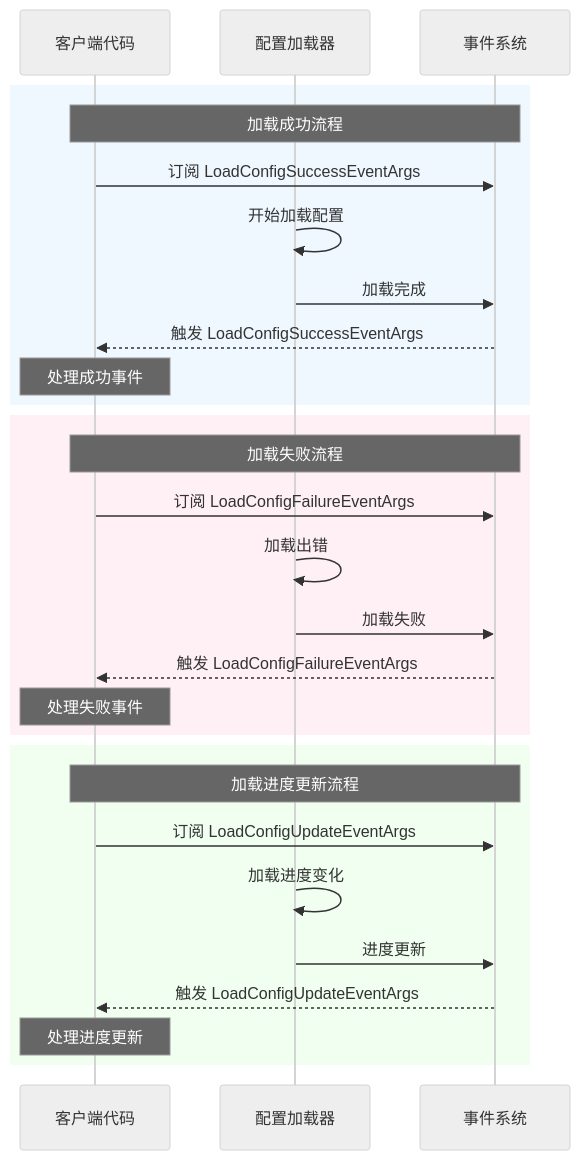
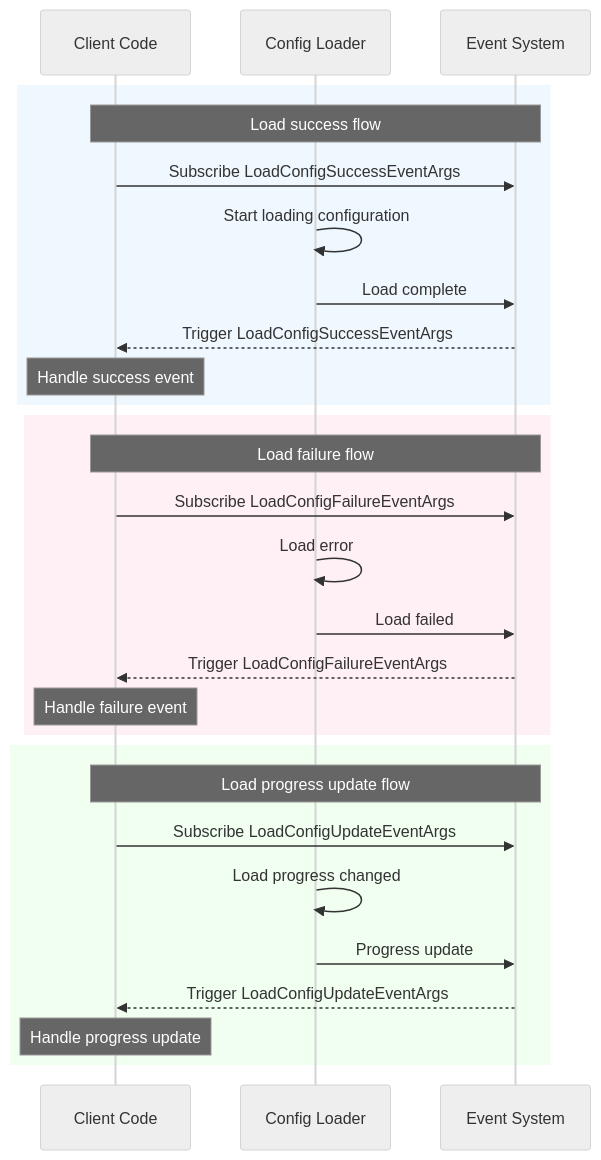
One commit to AlianBlank/GameFrameX.Docs changed the second of 2 diagrams in docs/en/client/unity/component/config/12.event-args.md. Above: the diagram before and after it, drawn with Mermaid (neutral theme). The commit also changed other lines of this file and 242 other files, not shown here.

````diff
--- a/docs/en/client/unity/component/config/12.event-args.md
+++ b/docs/en/client/unity/component/config/12.event-args.md
@@ -219,33 +219,33 @@
 ```mermaid
 sequenceDiagram
-    participant Client as 客户端代码
-    participant Loader as 配置加载器
-    participant EventSys as 事件系统
+    participant Client as Client Code
+    participant Loader as Config Loader
+    participant EventSys as Event System
 
     rect rgb(240, 248, 255)
-        Note over Client,EventSys: 加载成功流程
-        Client->>EventSys: 订阅 LoadConfigSuccessEventArgs
-        Loader->>Loader: 开始加载配置
-        Loader->>EventSys: 加载完成
-        EventSys-->>Client: 触发 LoadConfigSuccessEventArgs
-        Note over Client: 处理成功事件
+        Note over Client,EventSys: Load success flow
+        Client->>EventSys: Subscribe LoadConfigSuccessEventArgs
+        Loader->>Loader: Start loading configuration
+        Loader->>EventSys: Load complete
+        EventSys-->>Client: Trigger LoadConfigSuccessEventArgs
+        Note over Client: Handle success event
     end
 
     rect rgb(255, 240, 245)
-        Note over Client,EventSys: 加载失败流程
-        Client->>EventSys: 订阅 LoadConfigFailureEventArgs
-        Loader->>Loader: 加载出错
-        Loader->>EventSys: 加载失败
-        EventSys-->>Client: 触发 LoadConfigFailureEventArgs
-        Note over Client: 处理失败事件
+        Note over Client,EventSys: Load failure flow
+        Client->>EventSys: Subscribe LoadConfigFailureEventArgs
+        Loader->>Loader: Load error
+        Loader->>EventSys: Load failed
+        EventSys-->>Client: Trigger LoadConfigFailureEventArgs
+        Note over Client: Handle failure event
     end
 
     rect rgb(240, 255, 240)
-        Note over Client,EventSys: 加载进度更新流程
-        Client->>EventSys: 订阅 LoadConfigUpdateEventArgs
-        Loader->>Loader: 加载进度变化
-        Loader->>EventSys: 进度更新
-        EventSys-->>Client: 触发 LoadConfigUpdateEventArgs
-        Note over Client: 处理进度更新
+        Note over Client,EventSys: Load progress update flow
+        Client->>EventSys: Subscribe LoadConfigUpdateEventArgs
+        Loader->>Loader: Load progress changed
+        Loader->>EventSys: Progress update
+        EventSys-->>Client: Trigger LoadConfigUpdateEventArgs
+        Note over Client: Handle progress update
     end
 ```
````
